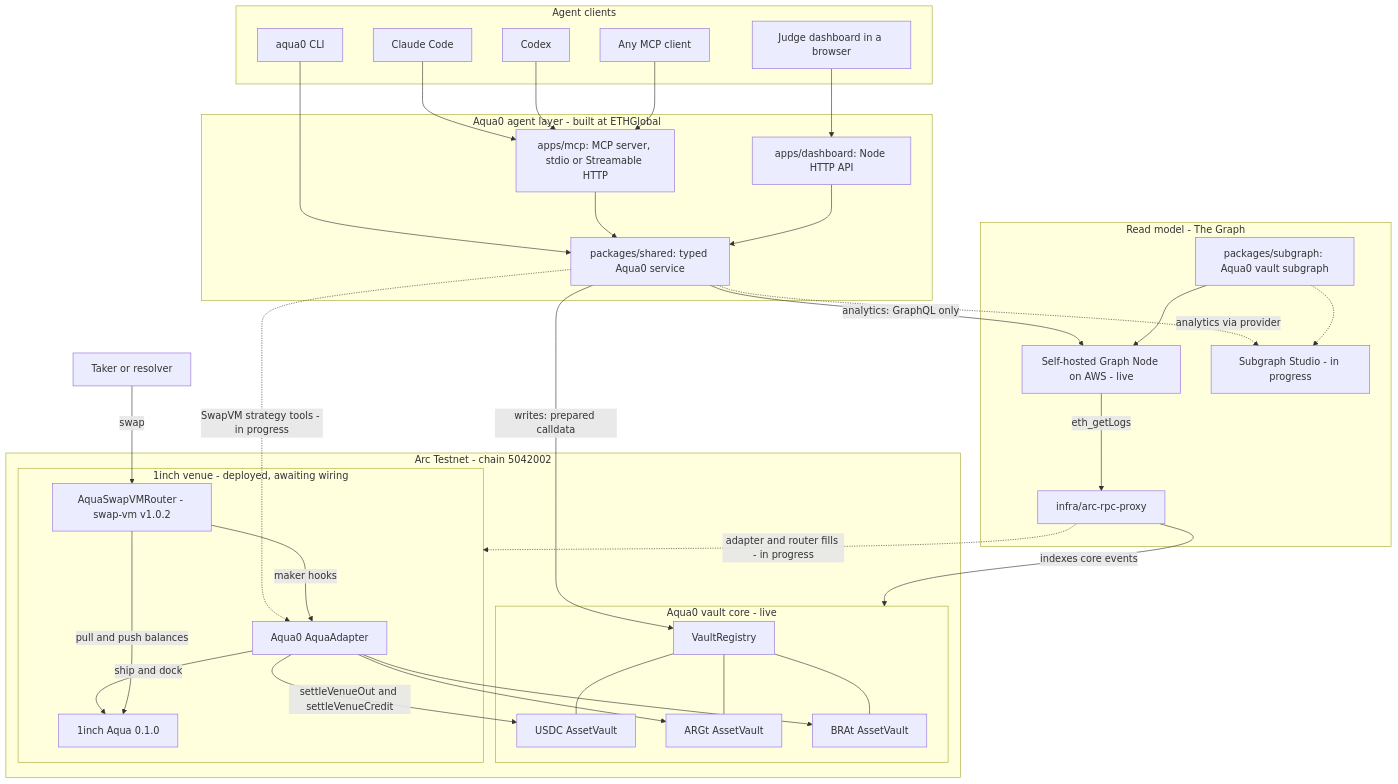
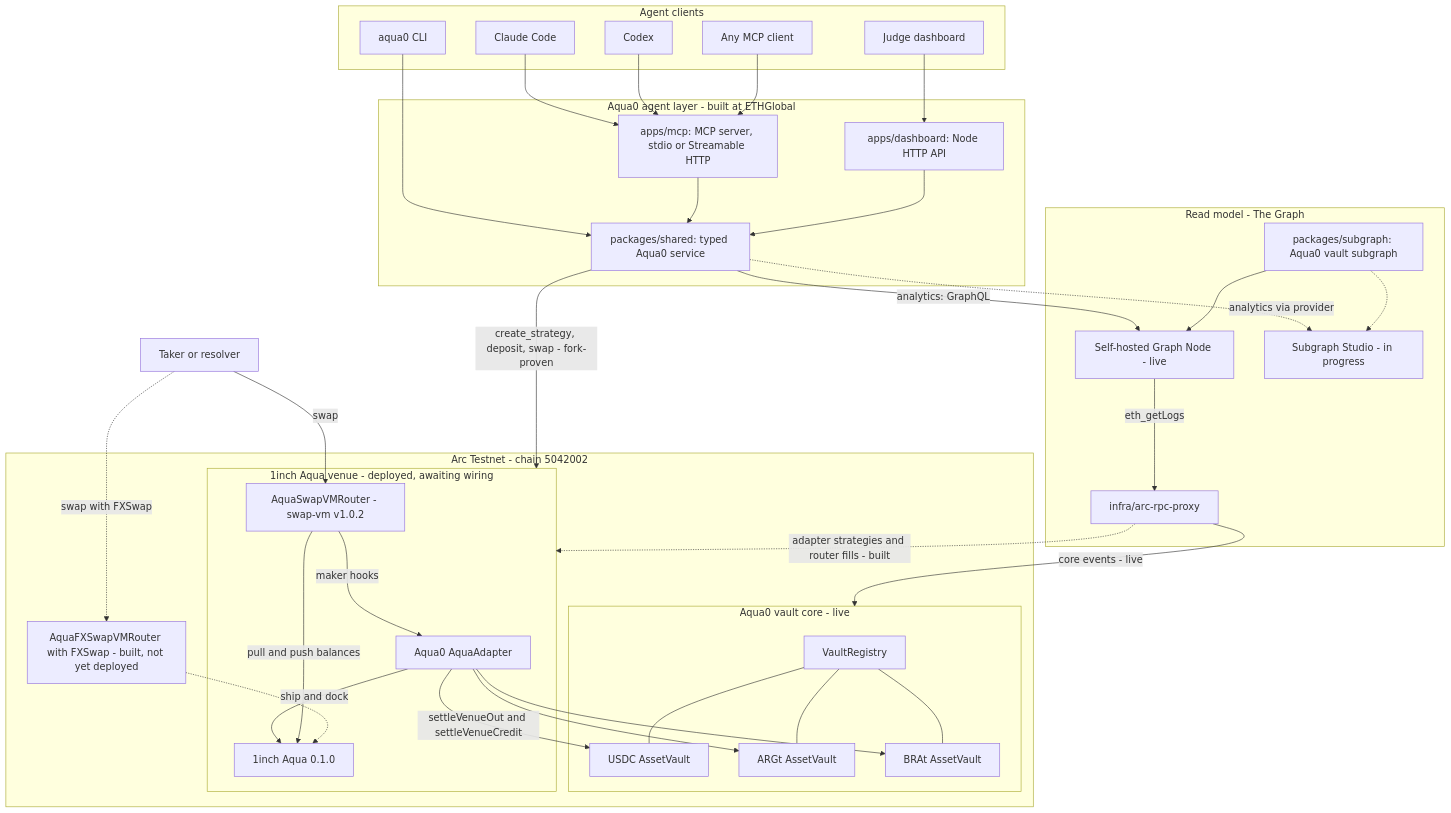
One commit to Aqua0-fi/aqua0-ethglobal changed the diagram in docs/ARCHITECTURE.md. Above: the diagram before and after it, drawn with Mermaid. The commit also changed other lines of this file and 7 other files, not shown here.

Commit message:
docs: tighten the README around the demo, flows and sponsor criteria

````diff
--- a/docs/ARCHITECTURE.md
+++ b/docs/ARCHITECTURE.md
@@ -9,68 +14,70 @@
 ```mermaid
 flowchart TB
   subgraph CLIENTS["Agent clients"]
     CC["Claude Code"]
     CDX["Codex"]
     ANYC["Any MCP client"]
     CLI["aqua0 CLI"]
-    WEB["Judge dashboard in a browser"]
+    WEB["Judge dashboard"]
   end
 
   subgraph LAYER["Aqua0 agent layer - built at ETHGlobal"]
     MCP["apps/mcp: MCP server, stdio or Streamable HTTP"]
     DAPI["apps/dashboard: Node HTTP API"]
     SVC["packages/shared: typed Aqua0 service"]
   end
 
   subgraph READM["Read model - The Graph"]
     SG["packages/subgraph: Aqua0 vault subgraph"]
-    GN["Self-hosted Graph Node on AWS - live"]
+    GN["Self-hosted Graph Node - live"]
     STU["Subgraph Studio - in progress"]
     PX["infra/arc-rpc-proxy"]
   end
 
   subgraph ARC["Arc Testnet - chain 5042002"]
     subgraph CORE["Aqua0 vault core - live"]
       REG["VaultRegistry"]
       VU["USDC AssetVault"]
       VA["ARGt AssetVault"]
       VB["BRAt AssetVault"]
     end
-    subgraph VENUE["1inch venue - deployed, awaiting wiring"]
+    subgraph VENUE["1inch Aqua venue - deployed, awaiting wiring"]
       AD["Aqua0 AquaAdapter"]
       AQ["1inch Aqua 0.1.0"]
       RT["AquaSwapVMRouter - swap-vm v1.0.2"]
     end
+    FXR["AquaFXSwapVMRouter with FXSwap - built, not yet deployed"]
   end
 
   TAKER["Taker or resolver"]
 
   CC --> MCP
   CDX --> MCP
   ANYC --> MCP
   CLI --> SVC
   WEB --> DAPI
   MCP --> SVC
   DAPI --> SVC
 
-  SVC -->|"analytics: GraphQL only"| GN
+  SVC -->|"analytics: GraphQL"| GN
   SVC -.->|"analytics via provider"| STU
   SG --> GN
   SG -.-> STU
   GN -->|"eth_getLogs"| PX
-  PX -->|"indexes core events"| CORE
-  PX -.->|"adapter and router fills - in progress"| VENUE
-  SVC -->|"writes: prepared calldata"| REG
-  SVC -.->|"SwapVM strategy tools - in progress"| AD
+  PX -->|"core events - live"| CORE
+  PX -.->|"adapter strategies and router fills - built"| VENUE
+  SVC -->|"create_strategy, deposit, swap - fork-proven"| VENUE
 
   REG --- VU
   REG --- VA
   REG --- VB
   AD -->|"ship and dock"| AQ
   TAKER -->|"swap"| RT
+  TAKER -.->|"swap with FXSwap"| FXR
   RT -->|"pull and push balances"| AQ
+  FXR -.-> AQ
   RT -->|"maker hooks"| AD
   AD -->|"settleVenueOut and settleVenueCredit"| VU
   AD --> VA
   AD --> VB
 ```
````
